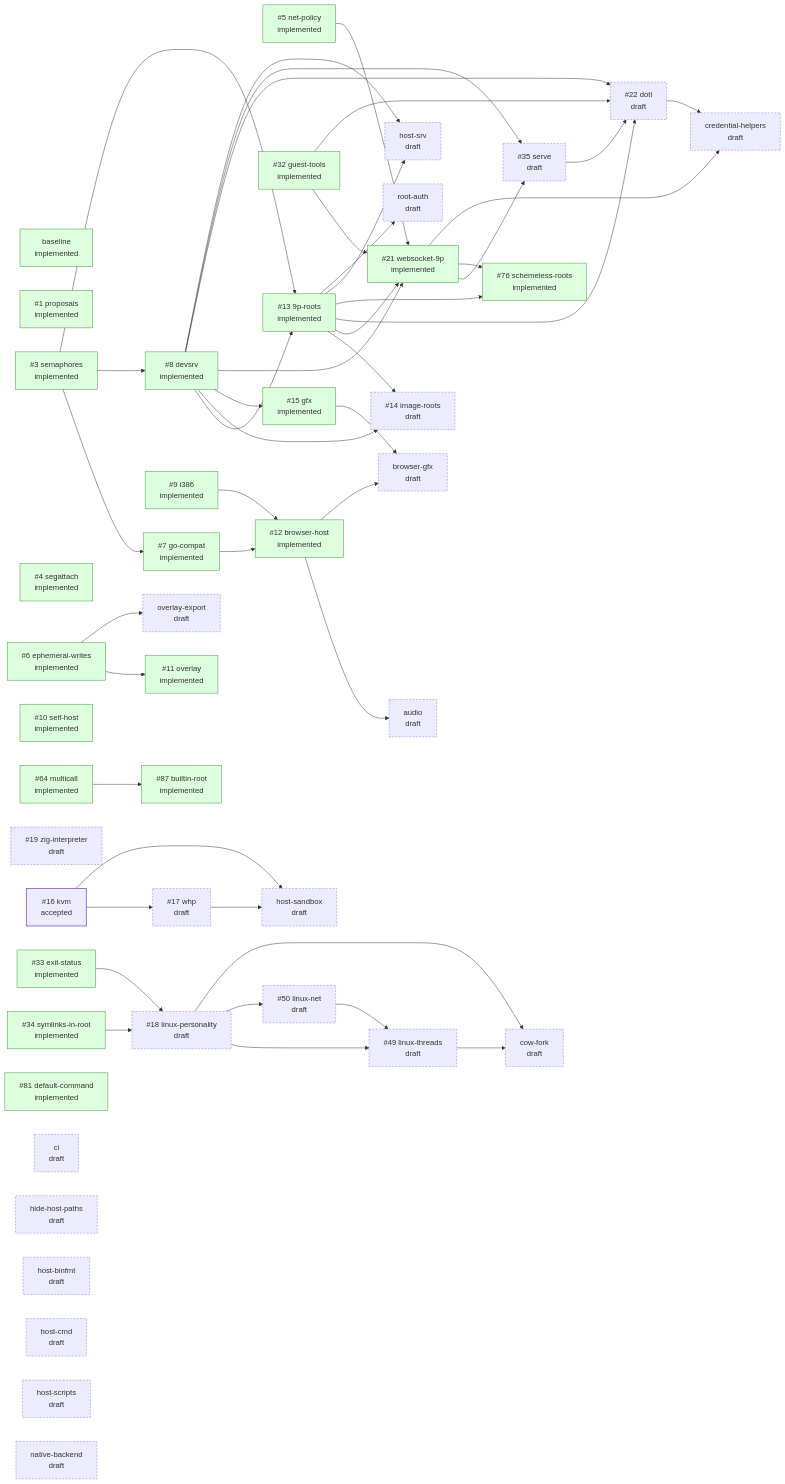
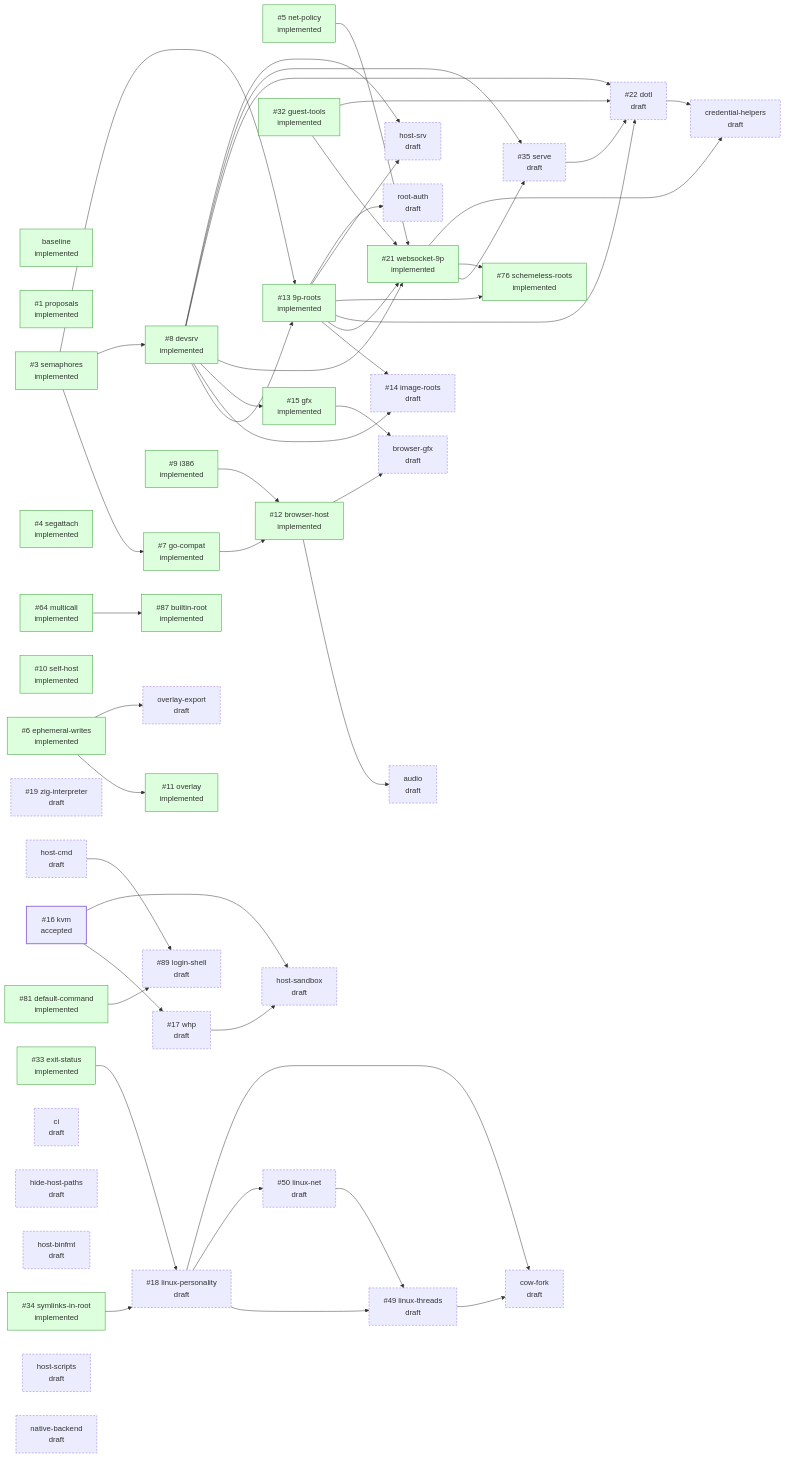
The diagram in design/STATUS.md (progrium/hyper9), drawn with Mermaid before and after one commit. The commit also changed other lines of this file, not shown here.

Commit message:
design: regenerate STATUS.md

```diff
--- a/design/STATUS.md
+++ b/design/STATUS.md
@@ -89,6 +90,7 @@
   p_schemeless_roots["#35;76 schemeless-roots<br/>implemented"]:::implemented
   p_default_command["#35;81 default-command<br/>implemented"]:::implemented
   p_builtin_root["#35;87 builtin-root<br/>implemented"]:::implemented
+  p_login_shell["#35;89 login-shell<br/>draft"]:::draft
   p_audio["audio<br/>draft"]:::draft
   p_browser_gfx["browser-gfx<br/>draft"]:::draft
   p_ci["ci<br/>draft"]:::draft
@@ -132,6 +134,8 @@
   p_9p_roots --> p_schemeless_roots
   p_websocket_9p --> p_schemeless_roots
   p_multicall --> p_builtin_root
+  p_default_command --> p_login_shell
+  p_host_cmd --> p_login_shell
   p_browser_host --> p_audio
   p_browser_host --> p_browser_gfx
   p_gfx --> p_browser_gfx
```
